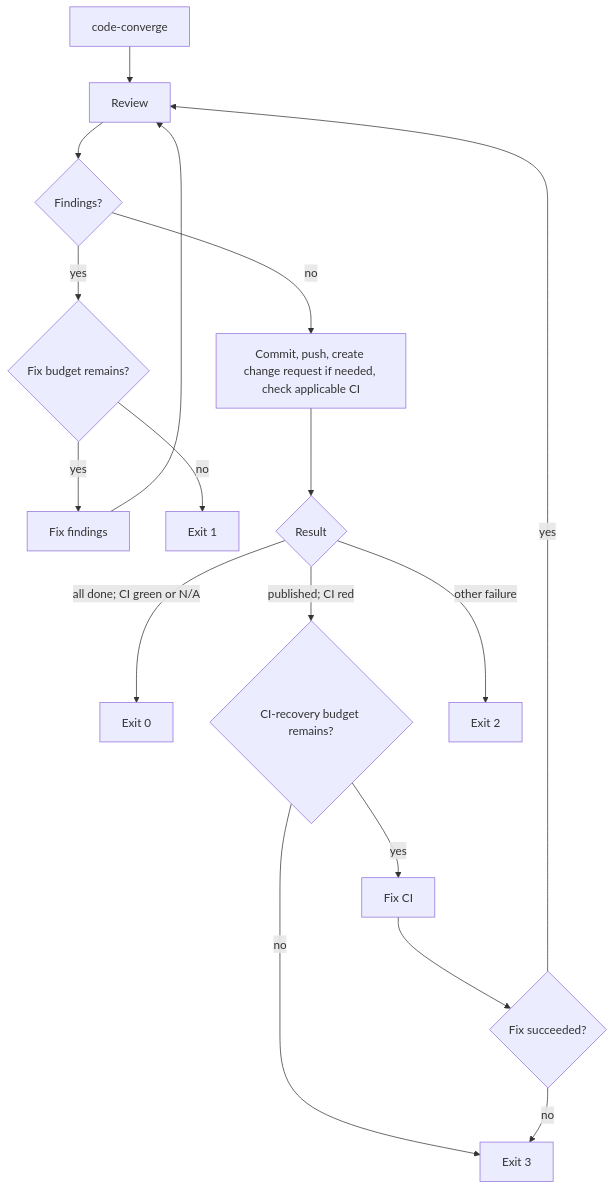
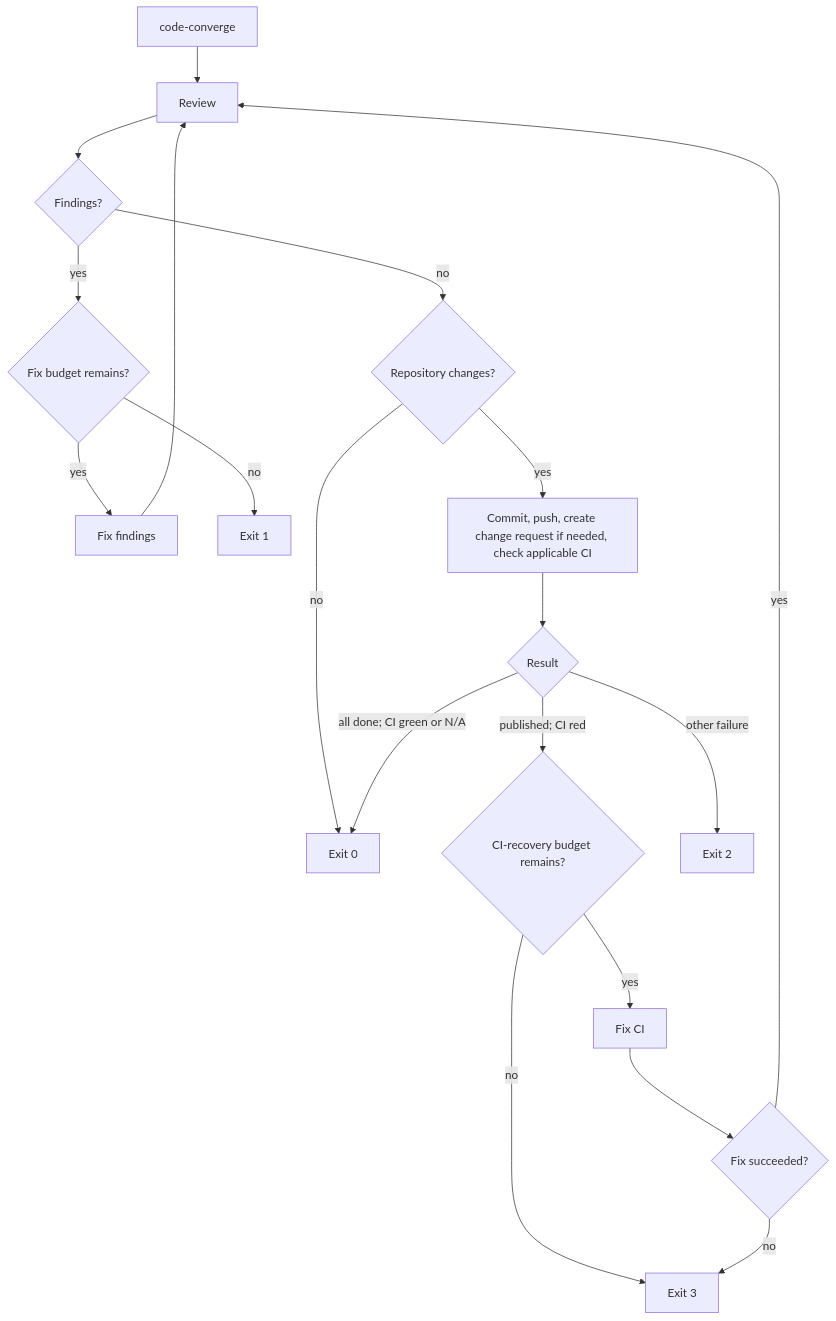
One commit to dapi/code-converge changed the diagram in README.md. Above: the diagram before and after it, drawn with Mermaid. The commit also changed other lines of this file and 18 other files, not shown here.

````diff
--- a/README.md
+++ b/README.md
@@ -9,19 +9,21 @@
 ```mermaid
 flowchart TD
     A["code-converge"] --> B[Review]
     B --> C{Findings?}
     C -- yes --> E{Fix budget remains?}
     E -- yes --> D[Fix findings]
     E -- no --> X1[Exit 1]
     D --> B
-    C -- no --> F[Commit, push, create change request if needed, check applicable CI]
+    C -- no --> N{Repository changes?}
+    N -- no --> X0[Exit 0: no-op]
+    N -- yes --> F[Commit, push, create change request if needed, check applicable CI]
     F --> G{Result}
     G -- all done; CI green or N/A --> X0[Exit 0]
     G -- published; CI red --> J{CI-recovery budget remains?}
     J -- yes --> H[Fix CI]
     J -- no --> X3[Exit 3]
     H --> I{Fix succeeded?}
     I -- yes --> B
     I -- no --> X3[Exit 3]
     G -- other failure --> X2[Exit 2]
 ```
````
